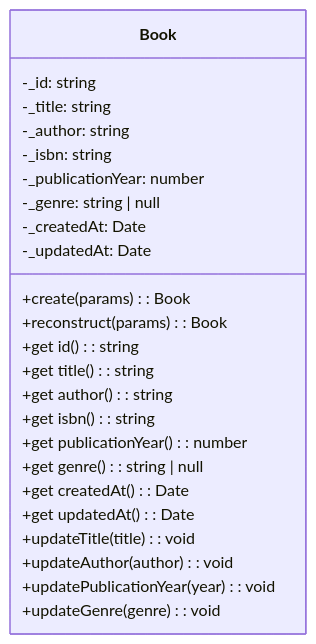
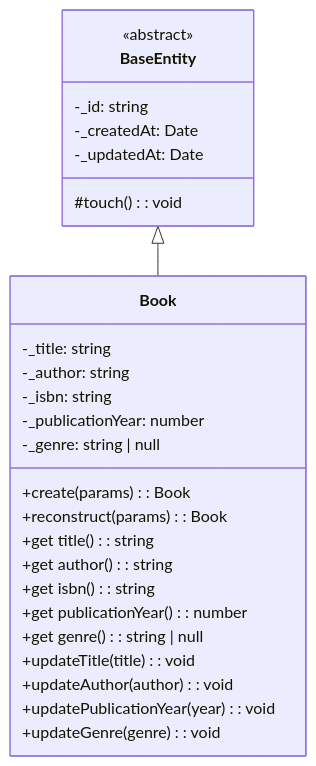
One commit to Agustin-Perezz/scaffold-nestjs changed the second of 2 diagrams in docs/02_ENTITIES.md. Above: the diagram before and after it, drawn with Mermaid. The commit also changed other lines of this file and 3 other files, not shown here.

Commit message:
Update docs for two-layer test architecture, SQLite e2e, factories, and BaseEntity

````diff
--- a/docs/02_ENTITIES.md
+++ b/docs/02_ENTITIES.md
@@ -5,27 +42,29 @@
 ```mermaid
 classDiagram
+    class BaseEntity {
+        <<abstract>>
+        -_id: string
+        -_createdAt: Date
+        -_updatedAt: Date
+        #touch(): void
+    }
     class Book {
-        -_id: string
         -_title: string
         -_author: string
         -_isbn: string
         -_publicationYear: number
         -_genre: string | null
-        -_createdAt: Date
-        -_updatedAt: Date
         +create(params): Book
         +reconstruct(params): Book
-        +get id(): string
         +get title(): string
         +get author(): string
         +get isbn(): string
         +get publicationYear(): number
         +get genre(): string | null
-        +get createdAt(): Date
-        +get updatedAt(): Date
         +updateTitle(title): void
         +updateAuthor(author): void
         +updatePublicationYear(year): void
         +updateGenre(genre): void
     }
+    BaseEntity <|-- Book
 ```
````
